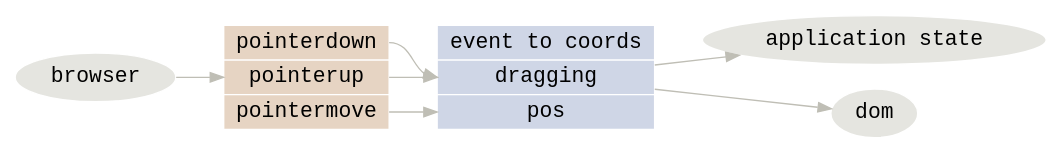
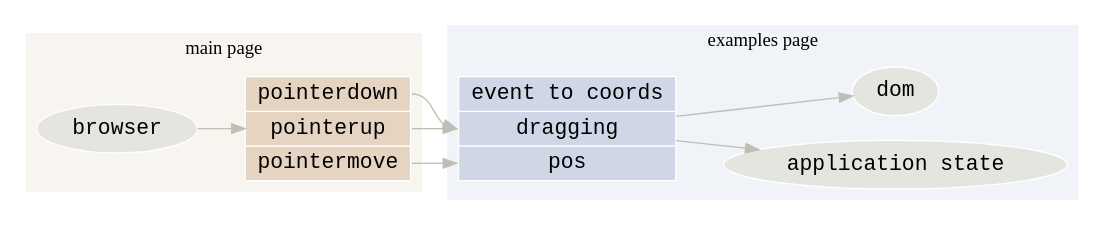
One commit to redblobgames/making-of-draggable changed the diagram in examples.org. Above: the diagram before and after it, drawn with Graphviz. The commit also changed other lines of this file and 5 other files, not shown here.

First line of the commit message:
Feat: add snapping example and improve explanation diagrams

```diff
--- a/examples.org
+++ b/examples.org
@@ -10,32 +10,43 @@
 #+begin_src dot :file build/diagram-state-and-event-handlers.svg
 digraph Handlers {
   node [
     style="filled"
     color="white"
     fillcolor="0.15 0.02 0.90"
     fontname="monospace"
     fontsize=16
   ]
   edge [color="0.15 0.05 0.75"]
   rankdir = "LR"
 
-  event [
-    shape = record
-    fillcolor="#e6d4c3"
-    label = "<down> pointerdown | <up> pointerup | <move> pointermove";
-  ];
+  subgraph cluster_0 {
+    style="filled"
+    color="#f8f4f0"
+    event [
+      shape = record
+      fillcolor="#e6d4c3"
+      label = "<down> pointerdown | <up> pointerup | <move> pointermove";
+    ];
+    event;
+    browser -> event;
+    label="main page";
+  }
 
-  state [
-    shape = record
-    fillcolor="#cfd6e6"
-    label = "event to coords | <dragging> dragging | <pos> pos";
-  ];
+  subgraph cluster_1 {
+    style="filled"
+    color="#f0f4f8"
+    state [
+      shape = record
+      fillcolor="#cfd6e6"
+      label = "event to coords | <dragging> dragging | <pos> pos";
+    ];
+    state -> "application state";
+    state -> dom;
+    label="examples page";
+  }
 
-  browser -> event;
   event:down -> state:dragging;
   event:up -> state:dragging;
   event:move -> state:pos;
-  state -> "application state";
-  state -> dom;
 }
 #+end_src
```
